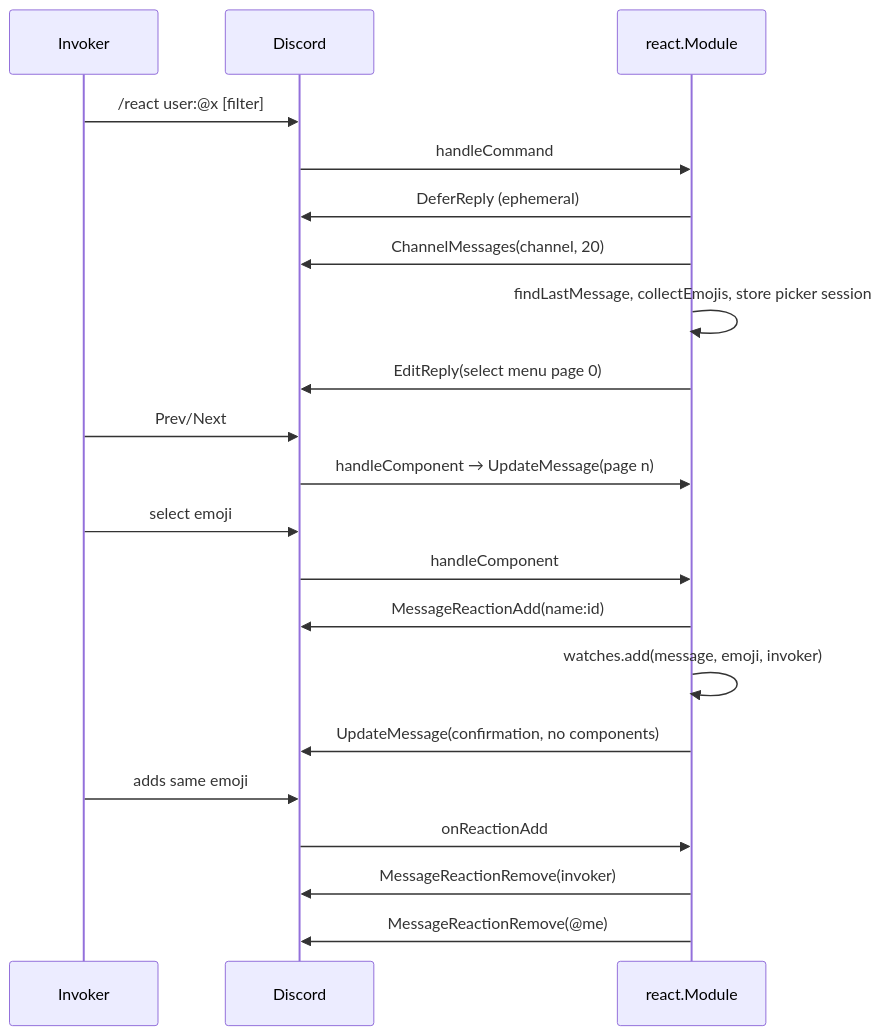
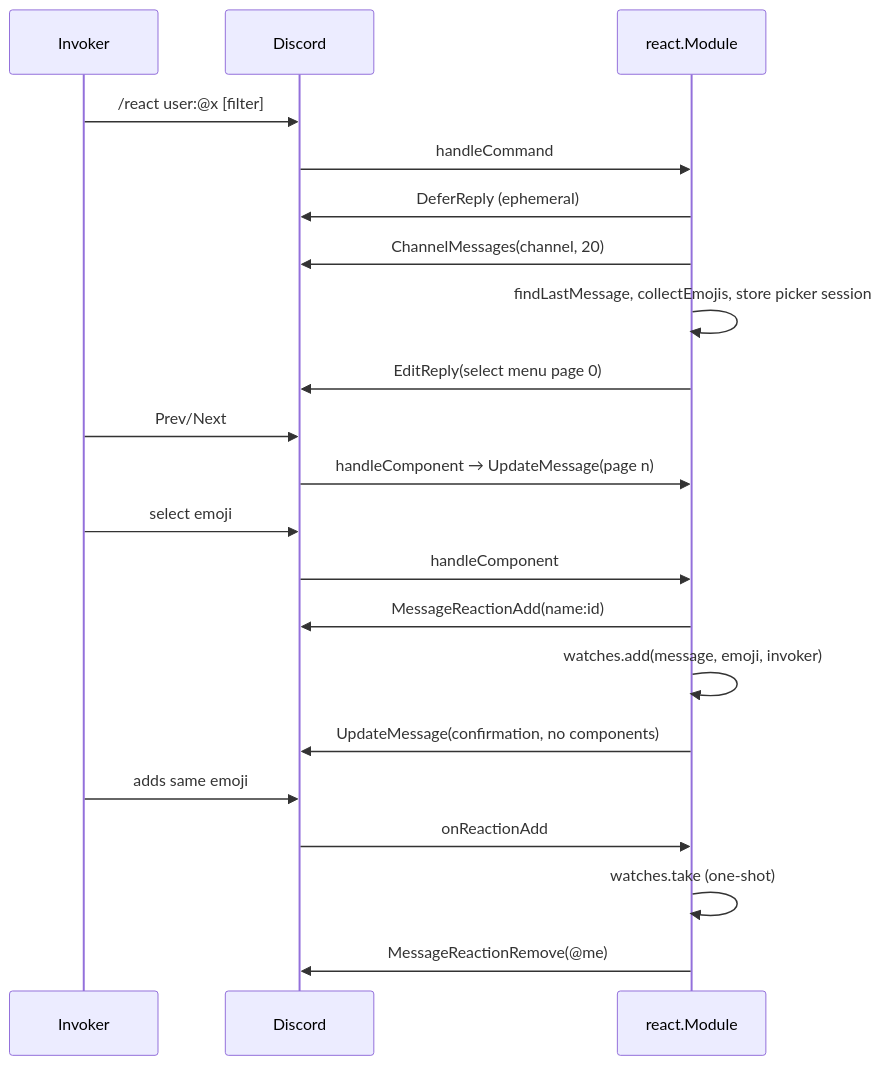
Before and after one commit to toksikk/gidbig: the diagram in docs/modules/react.md, drawn with Mermaid. The commit also changed other lines of this file and 5 other files, not shown here.

Commit message:
react: hand the reaction over to the invoker instead of removing theirs

````diff
--- a/docs/modules/react.md
+++ b/docs/modules/react.md
@@ -28,24 +28,24 @@
 ```mermaid
 sequenceDiagram
     participant U as Invoker
     participant D as Discord
     participant R as react.Module
 
     U->>D: /react user:@x [filter]
     D->>R: handleCommand
     R->>D: DeferReply (ephemeral)
     R->>D: ChannelMessages(channel, 20)
     R->>R: findLastMessage, collectEmojis, store picker session
     R->>D: EditReply(select menu page 0)
     U->>D: Prev/Next
     D->>R: handleComponent → UpdateMessage(page n)
     U->>D: select emoji
     D->>R: handleComponent
     R->>D: MessageReactionAdd(name:id)
     R->>R: watches.add(message, emoji, invoker)
     R->>D: UpdateMessage(confirmation, no components)
     U->>D: adds same emoji
     D->>R: onReactionAdd
-    R->>D: MessageReactionRemove(invoker)
+    R->>R: watches.take (one-shot)
     R->>D: MessageReactionRemove(@me)
 ```
````
